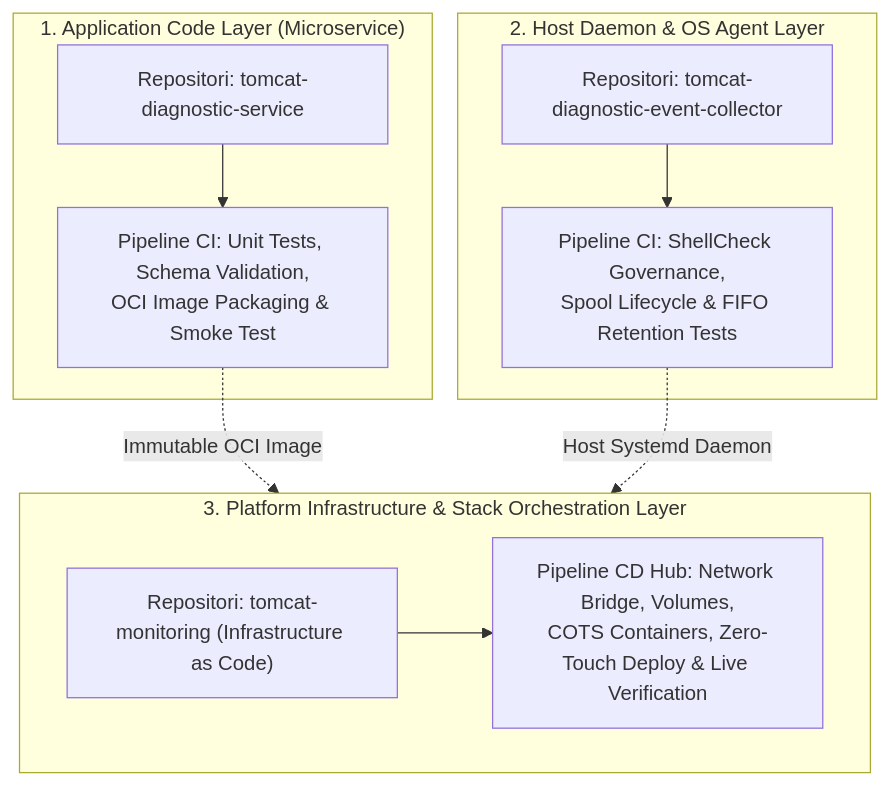
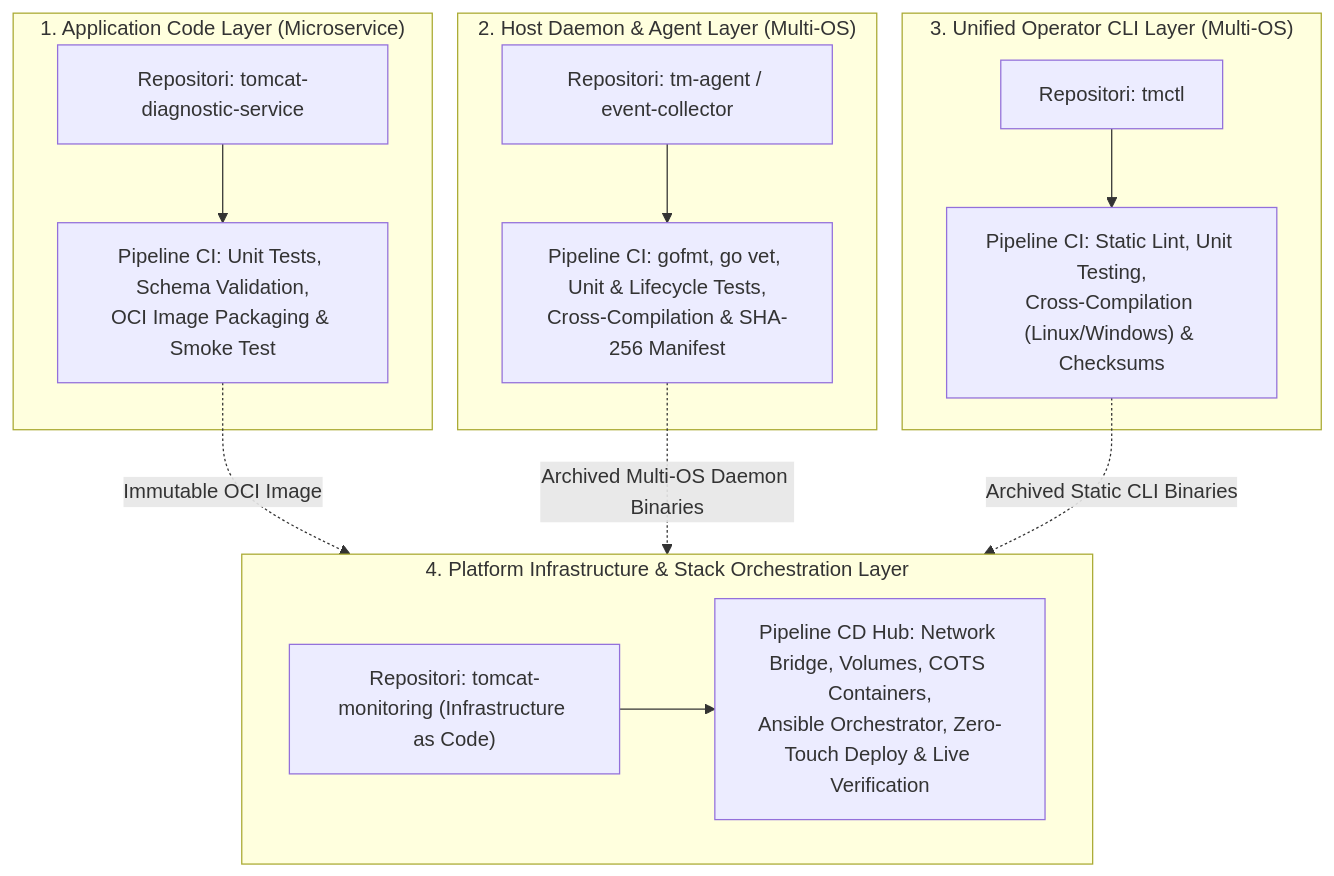
Before and after one commit to edkas07-oss/devops-handbook: the diagram in docs/projects/tomcat-monitoring/engineering-journal/continuous-integration-and-deployment/index.md, drawn with Mermaid. The commit also changed other lines of this file and 3 other files, not shown here.

````diff
--- a/docs/projects/tomcat-monitoring/engineering-journal/continuous-integration-and-deployment/index.md
+++ b/docs/projects/tomcat-monitoring/engineering-journal/continuous-integration-and-deployment/index.md
@@ -33,23 +33,30 @@
 ```mermaid
 flowchart TD
     subgraph Layer1["1. Application Code Layer (Microservice)"]
         DS_Repo["Repositori: tomcat-diagnostic-service"]
         DS_CI["Pipeline CI: Unit Tests, Schema Validation,<br/>OCI Image Packaging & Smoke Test"]
         DS_Repo --> DS_CI
     end
 
-    subgraph Layer2["2. Host Daemon & OS Agent Layer"]
-        EC_Repo["Repositori: tomcat-diagnostic-event-collector"]
-        EC_CI["Pipeline CI: ShellCheck Governance,<br/>Spool Lifecycle & FIFO Retention Tests"]
+    subgraph Layer2["2. Host Daemon & Agent Layer (Multi-OS)"]
+        EC_Repo["Repositori: tm-agent / event-collector"]
+        EC_CI["Pipeline CI: gofmt, go vet, Unit & Lifecycle Tests,<br/>Cross-Compilation & SHA-256 Manifest"]
         EC_Repo --> EC_CI
     end
 
-    subgraph Layer3["3. Platform Infrastructure & Stack Orchestration Layer"]
+    subgraph Layer3["3. Unified Operator CLI Layer (Multi-OS)"]
+        TC_Repo["Repositori: tmctl"]
+        TC_CI["Pipeline CI: Static Lint, Unit Testing,<br/>Cross-Compilation (Linux/Windows) & Checksums"]
+        TC_Repo --> TC_CI
+    end
+
+    subgraph Layer4["4. Platform Infrastructure & Stack Orchestration Layer"]
         TM_Repo["Repositori: tomcat-monitoring (Infrastructure as Code)"]
-        TM_CD["Pipeline CD Hub: Network Bridge, Volumes,<br/>COTS Containers, Zero-Touch Deploy & Live Verification"]
+        TM_CD["Pipeline CD Hub: Network Bridge, Volumes, COTS Containers,<br/>Ansible Orchestrator, Zero-Touch Deploy & Live Verification"]
         TM_Repo --> TM_CD
     end
 
-    DS_CI -.->|Immutable OCI Image| Layer3
-    EC_CI -.->|Host Systemd Daemon| Layer3
+    DS_CI -.->|Immutable OCI Image| Layer4
+    EC_CI -.->|Archived Multi-OS Daemon Binaries| Layer4
+    TC_CI -.->|Archived Static CLI Binaries| Layer4
 ```
````
